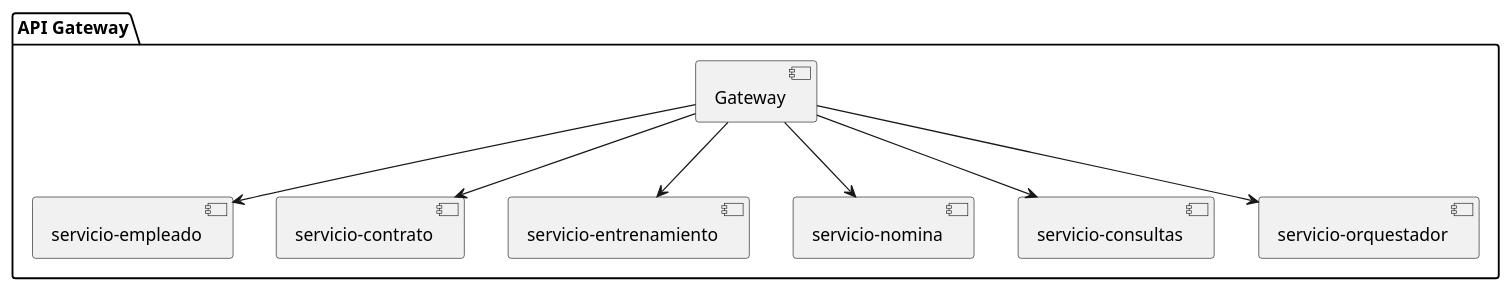
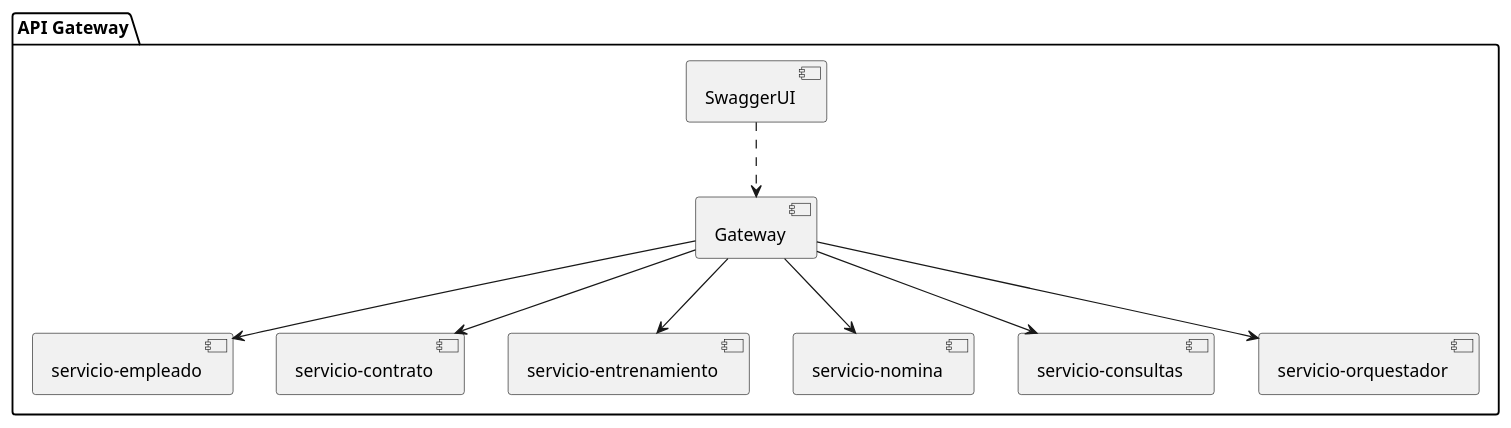
One commit to msamia/rrhh changed the diagram in API-gateway/docs/uml/local/component/gateway_component.puml. Above: the diagram before and after it, drawn with PlantUML. The commit also changed 21 other files, not shown here.

```diff
--- a/API-gateway/docs/uml/local/component/gateway_component.puml
+++ b/API-gateway/docs/uml/local/component/gateway_component.puml
@@ -1,10 +1,11 @@
 @startuml
 package "API Gateway" {
+  [SwaggerUI] ..> [Gateway]
   [Gateway] --> [servicio-empleado]
   [Gateway] --> [servicio-contrato]
   [Gateway] --> [servicio-entrenamiento]
   [Gateway] --> [servicio-nomina]
   [Gateway] --> [servicio-consultas]
   [Gateway] --> [servicio-orquestador]
 }
 @enduml
```
